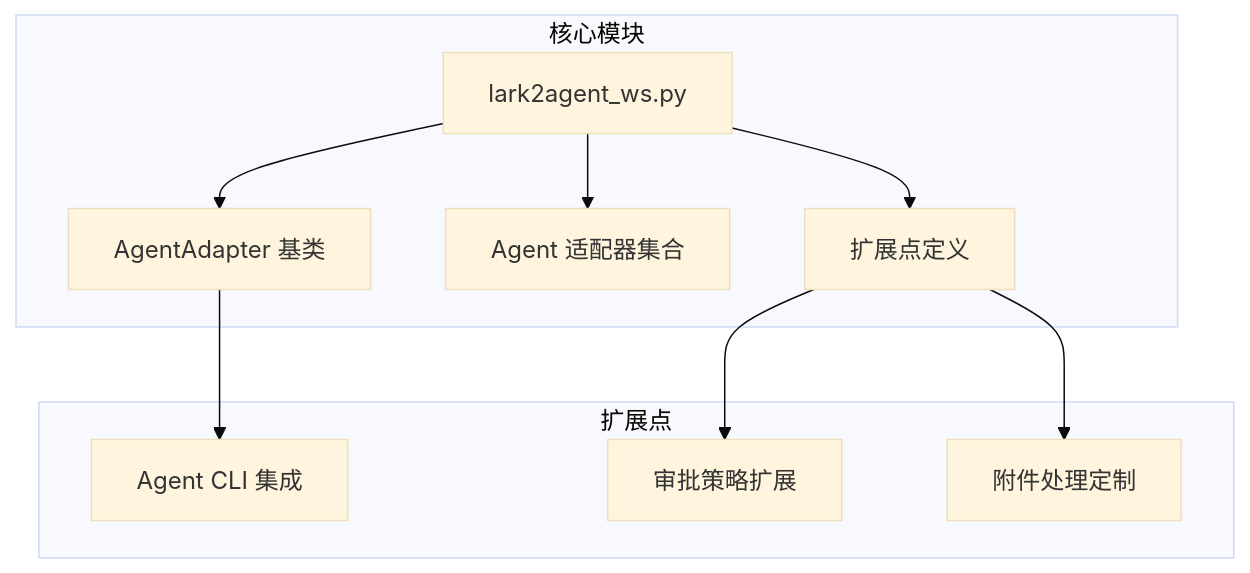
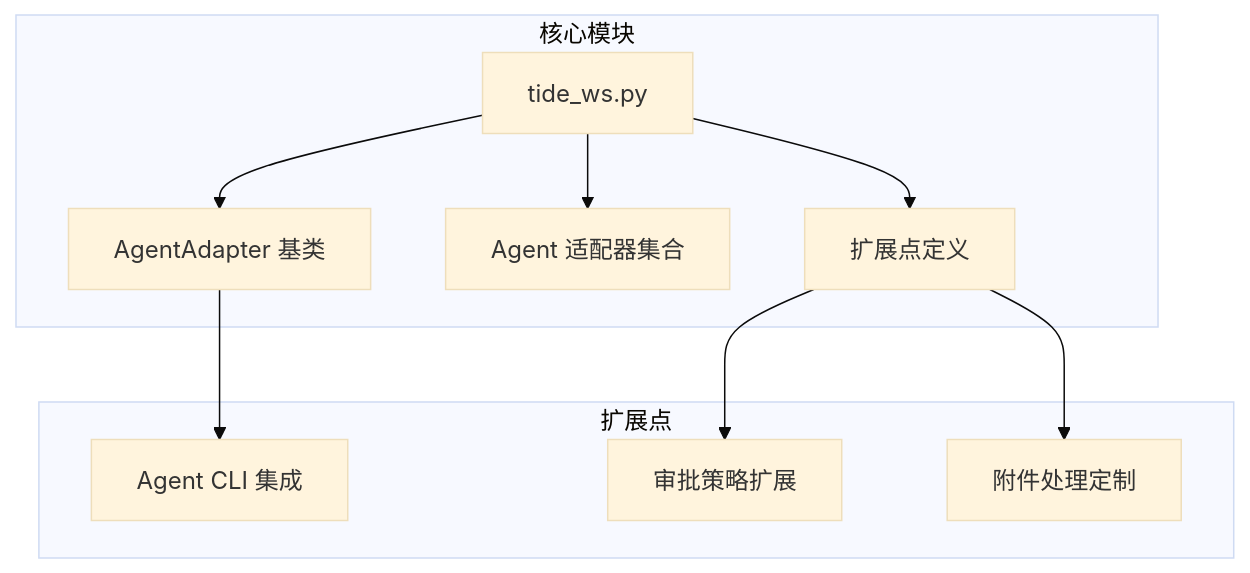
One commit to winditer/tide changed the first of 8 diagrams in .qoder/repowiki/zh/content/开发指南/代码结构分析/扩展点识别与实现.md. Above: the diagram before and after it, drawn with Mermaid (base theme). The commit also changed other lines of this file and 260 other files, not shown here.

````diff
--- a/.qoder/repowiki/zh/content/开发指南/代码结构分析/扩展点识别与实现.md
+++ b/.qoder/repowiki/zh/content/开发指南/代码结构分析/扩展点识别与实现.md
@@ -26,16 +26,16 @@
 ```mermaid
 graph TB
 subgraph "核心模块"
-A[lark2agent_ws.py] --> B[AgentAdapter 基类]
+A[tide_ws.py] --> B[AgentAdapter 基类]
 A --> C[Agent 适配器集合]
 A --> D[扩展点定义]
 end
 subgraph "扩展点"
 E[Agent CLI 集成]
 F[审批策略扩展]
 G[附件处理定制]
 end
 B --> E
 D --> F
 D --> G
 ```
````
